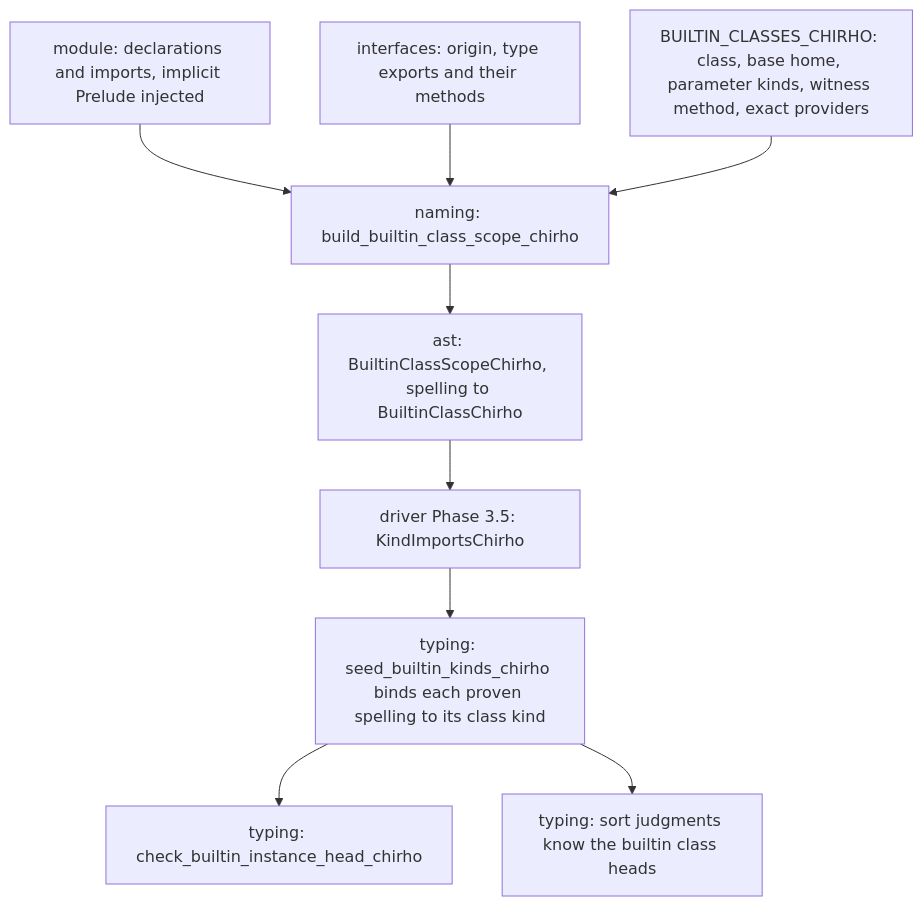
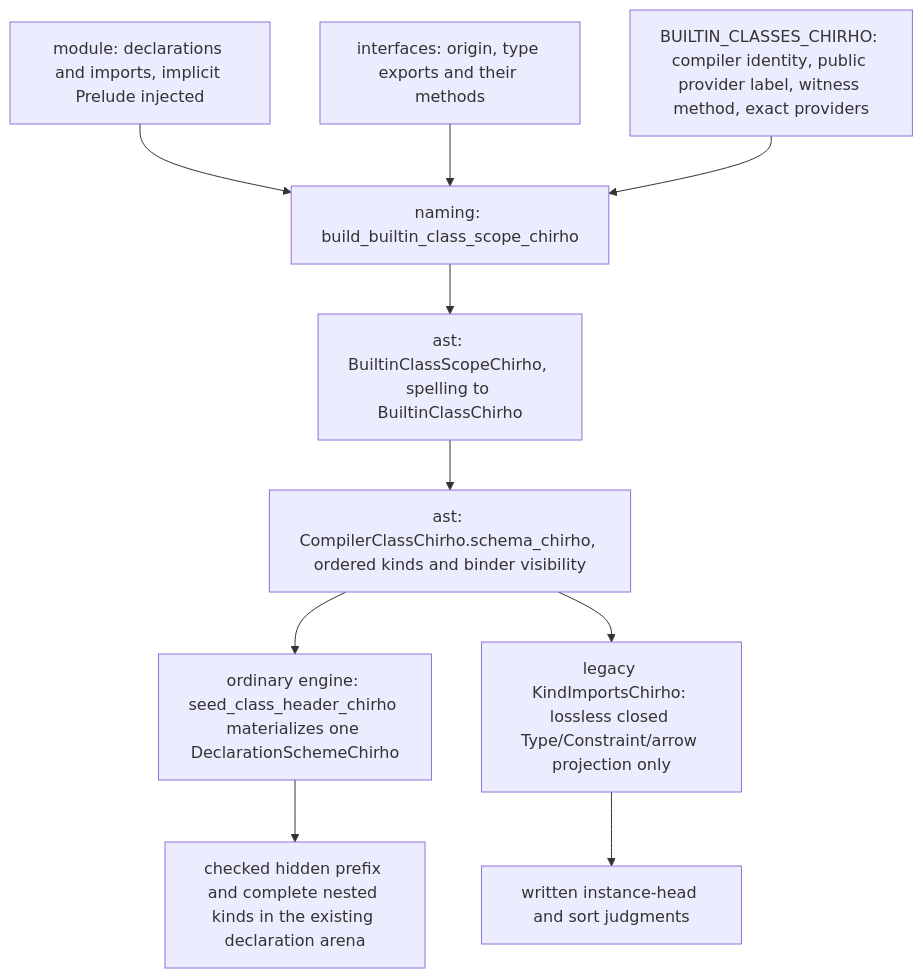
One commit to loveJesus/haskelujah-chirho changed the diagram in spec-chirho/workflows-chirho/compiler-pipeline-chirho/builtin-class-identity-chirho.md. Above: the diagram before and after it, drawn with Mermaid. The commit also changed other lines of this file and 19 other files, not shown here.

First line of the commit message:
Share checked compiler class kind schemas across K01 producers

````diff
--- a/spec-chirho/workflows-chirho/compiler-pipeline-chirho/builtin-class-identity-chirho.md
+++ b/spec-chirho/workflows-chirho/compiler-pipeline-chirho/builtin-class-identity-chirho.md
@@ -7,11 +7,12 @@
 ```mermaid
 flowchart TD
     module_chirho["module: declarations and imports, implicit Prelude injected"] --> build_chirho["naming: build_builtin_class_scope_chirho"]
     ifaces_chirho["interfaces: origin, type exports and their methods"] --> build_chirho
-    table_chirho["BUILTIN_CLASSES_CHIRHO: class, base home, parameter kinds, witness method, exact providers"] --> build_chirho
+    table_chirho["BUILTIN_CLASSES_CHIRHO: compiler identity, public provider label, witness method, exact providers"] --> build_chirho
     build_chirho --> scope_chirho["ast: BuiltinClassScopeChirho, spelling to BuiltinClassChirho"]
-    scope_chirho --> driver_chirho["driver Phase 3.5: KindImportsChirho"]
-    driver_chirho --> seed_chirho["typing: seed_builtin_kinds_chirho binds each proven spelling to its class kind"]
-    seed_chirho --> heads_chirho["typing: check_builtin_instance_head_chirho"]
-    seed_chirho --> sorts_chirho["typing: sort judgments know the builtin class heads"]
+    scope_chirho --> schema_chirho["ast: CompilerClassChirho.schema_chirho, ordered kinds and binder visibility"]
+    schema_chirho --> arena_chirho["ordinary engine: seed_class_header_chirho materializes one DeclarationSchemeChirho"]
+    arena_chirho --> elaboration_chirho["checked hidden prefix and complete nested kinds in the existing declaration arena"]
+    schema_chirho --> legacy_chirho["legacy KindImportsChirho: lossless closed Type/Constraint/arrow projection only"]
+    legacy_chirho --> heads_chirho["written instance-head and sort judgments"]
 ```
````
